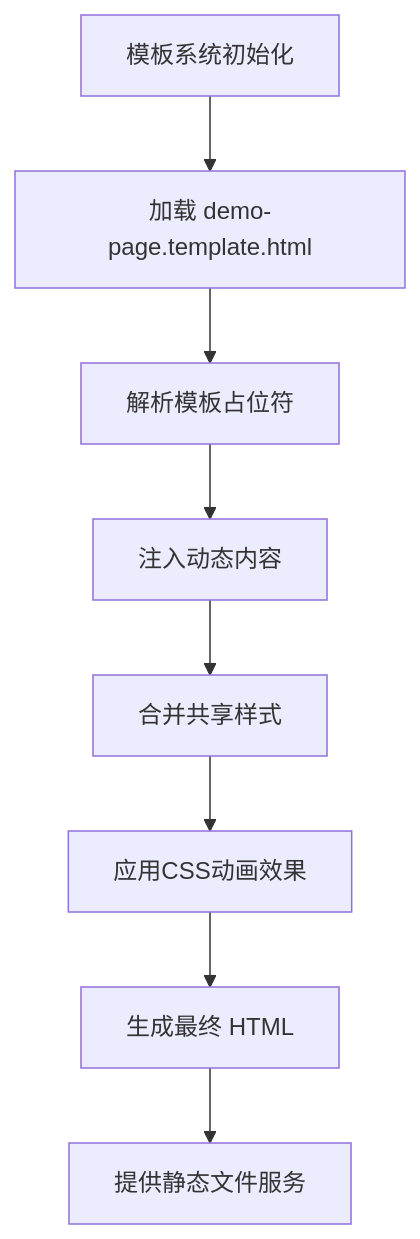
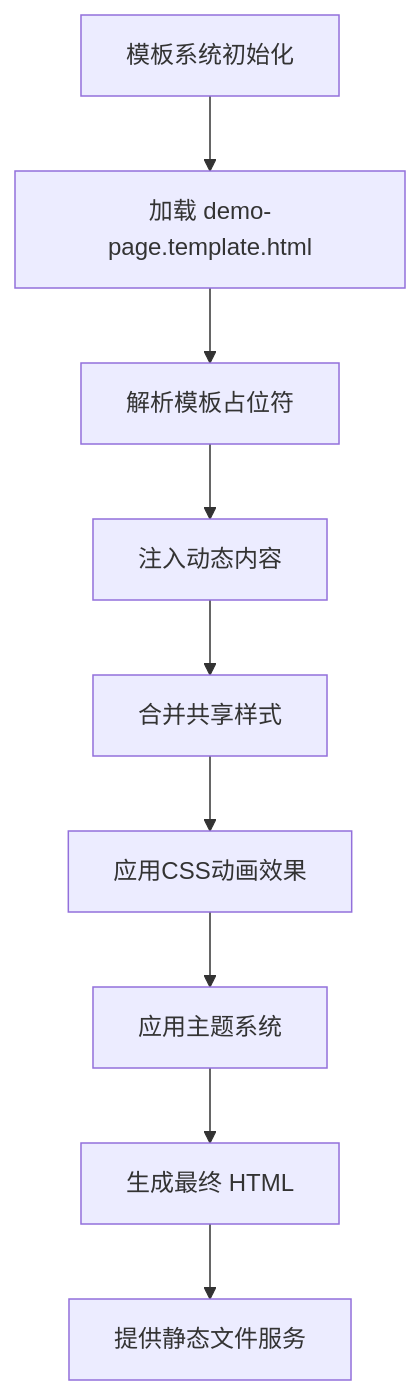
Before and after one commit to esa-sp/test-for-aone-ci: the tenth of 12 diagrams in .qoder/repowiki/zh/content/后端框架测试/后端框架测试.md, drawn with Mermaid. The commit also changed other lines of this file and 7 other files, not shown here.

````diff
--- a/.qoder/repowiki/zh/content/后端框架测试/后端框架测试.md
+++ b/.qoder/repowiki/zh/content/后端框架测试/后端框架测试.md
@@ -467,10 +506,11 @@
 ```mermaid
 flowchart TD
 A["模板系统初始化"] --> B["加载 demo-page.template.html"]
 B --> C["解析模板占位符"]
 C --> D["注入动态内容"]
 D --> E["合并共享样式"]
 E --> F["应用CSS动画效果"]
-F --> G["生成最终 HTML"]
-G --> H["提供静态文件服务"]
+F --> G["应用主题系统"]
+G --> H["生成最终 HTML"]
+H --> I["提供静态文件服务"]
 ```
````
